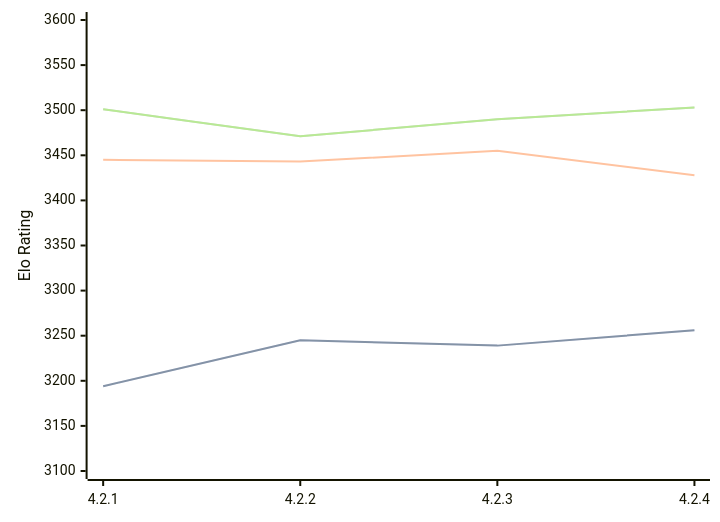
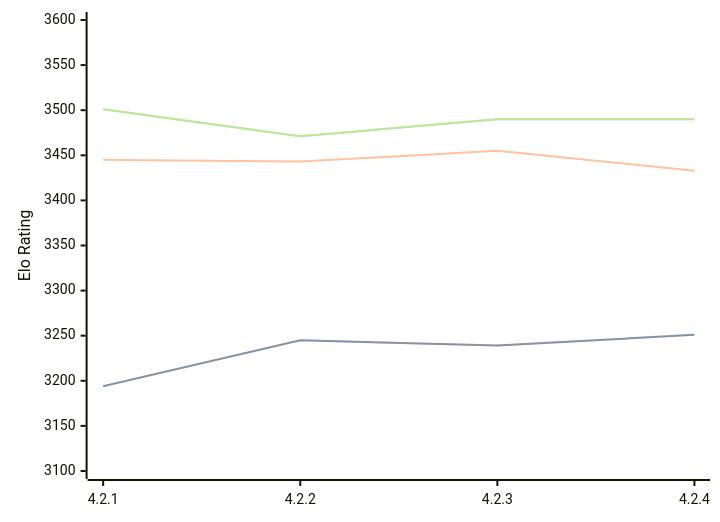
The diagram in engines/Gaia.md (computer-chess-index/cci), drawn with Mermaid before and after one commit. The commit also changed other lines of this file, not shown here.

Commit message:
Update CCI Ratings (ELO VLTC) - 2026-08-25

````diff
--- a/engines/Gaia.md
+++ b/engines/Gaia.md
@@ -38,11 +38,11 @@
 ```mermaid
 %%{init: {"theme":"base","themeVariables":{"seriesColors:['#a3a3a3','#222221','#faa371']}}}%%
 xychart-beta
   x-axis ["4.2.1", "4.2.2", "4.2.3", "4.2.4"]
   y-axis "Elo Rating" 3100 --> 3600
-  line "STC (8.0+0.08s)" [3194, 3245, 3239, 3256]
-  line "STC (8.0+0.08s)" [3194, 3245, 3239, 3256]
-  line "LTC (60.0+0.60s)" [3445, 3443, 3455, 3428]
-  line "VLTC (2m24s+1.12s)" [3501, 3471, 3490, 3503]
-  line "VLTC (2m24s+1.12s)" [3501, 3471, 3490, 3503]
+  line "STC (8.0+0.08s)" [3194, 3245, 3239, 3251]
+  line "STC (8.0+0.08s)" [3194, 3245, 3239, 3251]
+  line "LTC (60.0+0.60s)" [3445, 3443, 3455, 3433]
+  line "VLTC (2m24s+1.12s)" [3501, 3471, 3490, 3490]
+  line "VLTC (2m24s+1.12s)" [3501, 3471, 3490, 3490]
 ```
````
